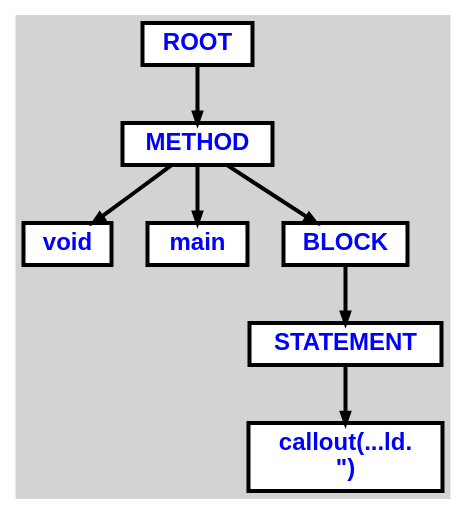
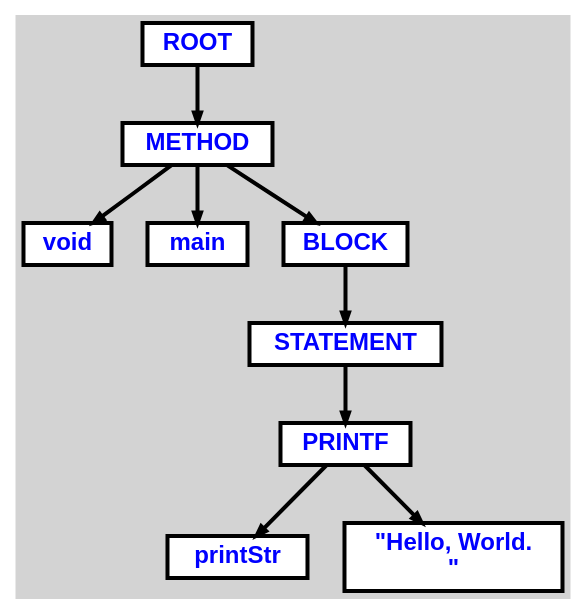
One commit to g3org3/Compiler changed the diagram in testcases/codegen/01-callout.dot. Above: the diagram before and after it, drawn with Graphviz. The commit also changed 35 other files, not shown here.

```diff
--- a/testcases/codegen/01-callout.dot
+++ b/testcases/codegen/01-callout.dot
@@ -1,27 +1,32 @@
 digraph {
 
 	ordering=out;
 	ranksep=.4;
 	bgcolor="lightgrey"; node [shape=box, fixedsize=false, fontsize=12, fontname="Helvetica-bold", fontcolor="blue"
 		width=.25, height=.25, color="black", fillcolor="white", style="filled, solid, bold"];
 	edge [arrowsize=.5, color="black", style="bold"]
 
   n0 [label="ROOT"];
   n1 [label="METHOD"];
   n1 [label="METHOD"];
   n2 [label="void"];
   n3 [label="main"];
   n4 [label="BLOCK"];
   n4 [label="BLOCK"];
   n5 [label="STATEMENT"];
   n5 [label="STATEMENT"];
-  n6 [label="callout(...ld.\n\")"];
+  n6 [label="PRINTF"];
+  n6 [label="PRINTF"];
+  n7 [label="printStr"];
+  n8 [label="\"Hello, World.\n\""];
 
   n0 -> n1 // "ROOT" -> "METHOD"
   n1 -> n2 // "METHOD" -> "void"
   n1 -> n3 // "METHOD" -> "main"
   n1 -> n4 // "METHOD" -> "BLOCK"
   n4 -> n5 // "BLOCK" -> "STATEMENT"
-  n5 -> n6 // "STATEMENT" -> "callout(...ld.\n\")"
+  n5 -> n6 // "STATEMENT" -> "PRINTF"
+  n6 -> n7 // "PRINTF" -> "printStr"
+  n6 -> n8 // "PRINTF" -> "\"Hello, World.\n\""
 
 }
```
